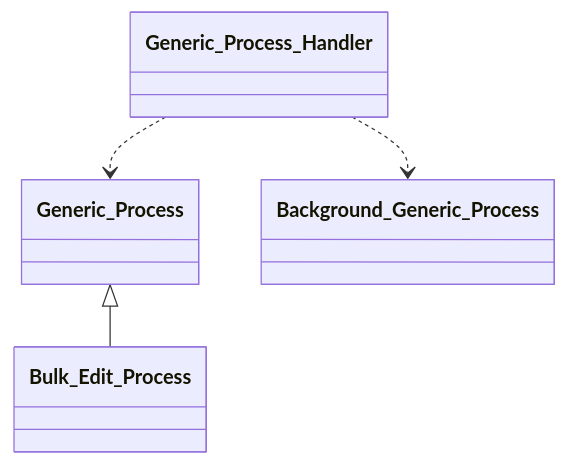
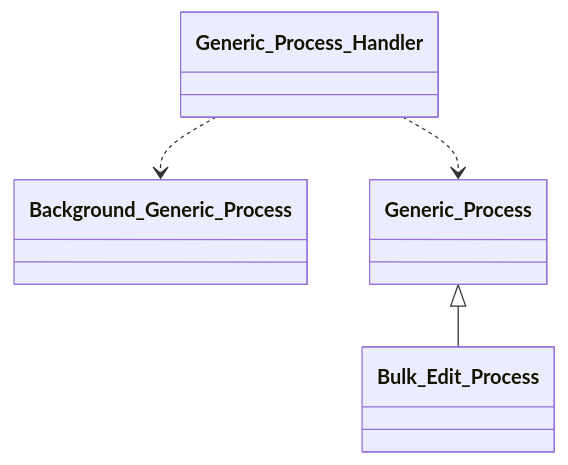
The diagram in docs/diagrams/tainacan-namespace-Tainacan-GenericProcess.mmd (tainacan/tainacan), drawn with Mermaid before and after one commit. The commit also changed other lines of this file and 74 other files, not shown here.

```diff
--- a/docs/diagrams/tainacan-namespace-Tainacan-GenericProcess.mmd
+++ b/docs/diagrams/tainacan-namespace-Tainacan-GenericProcess.mmd
@@ -1,9 +1,9 @@
 classDiagram
     direction TB
+    class Bulk_Edit_Process { }
+    class Generic_Process_Handler { }
+    class Background_Generic_Process { }
     class Generic_Process { }
-    class Generic_Process_Handler { }
-    class Bulk_Edit_Process { }
-    class Background_Generic_Process { }
     Generic_Process <|-- Bulk_Edit_Process
     Generic_Process_Handler ..> Background_Generic_Process
     Generic_Process_Handler ..> Generic_Process
```
